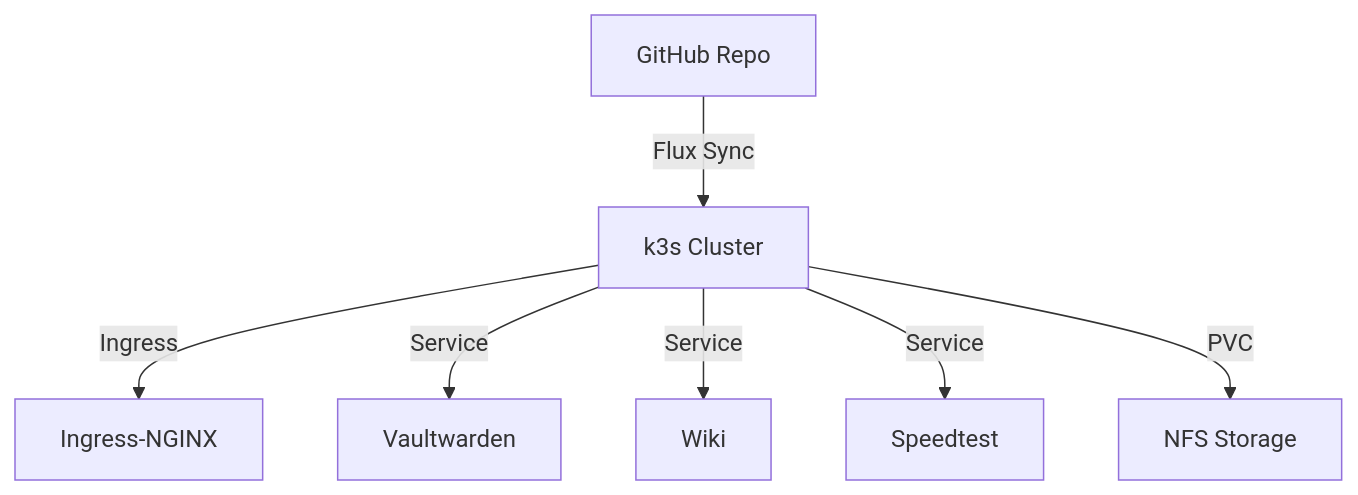
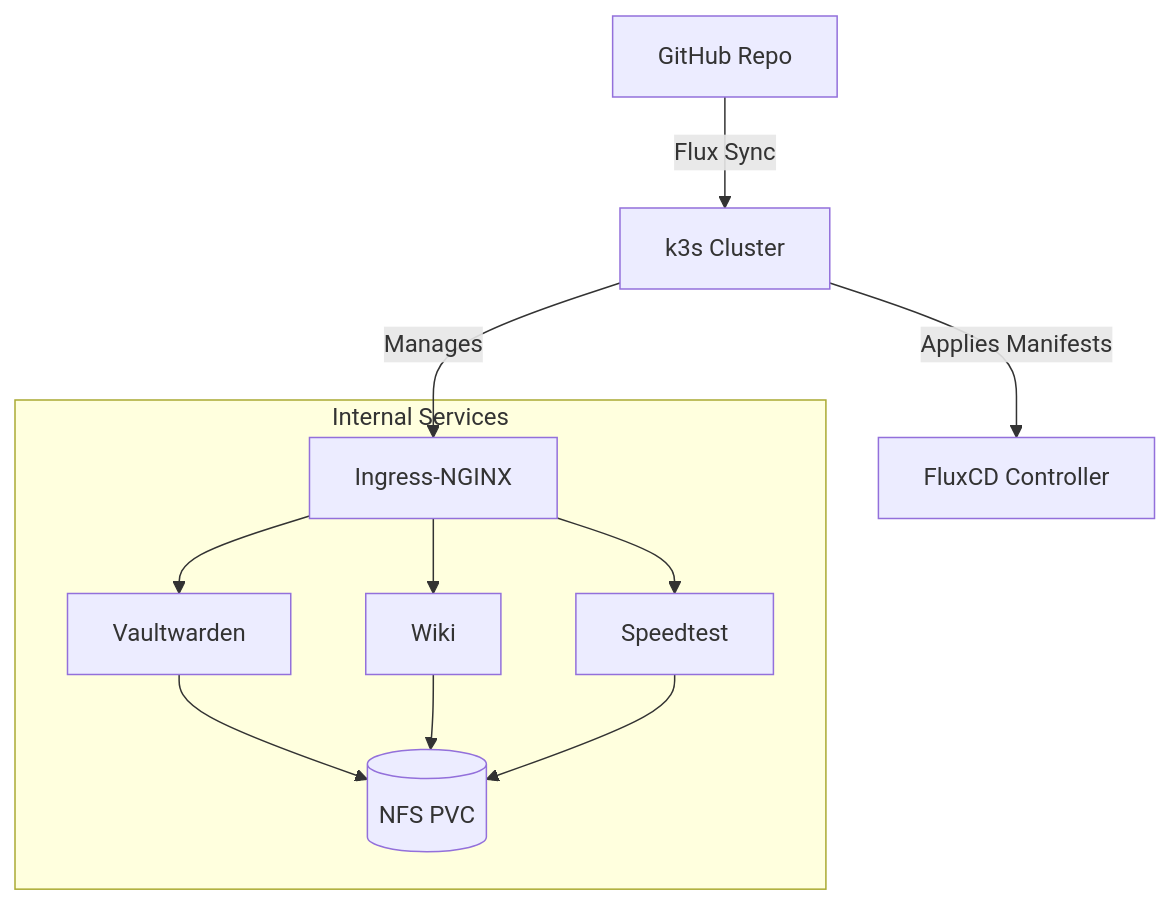
One commit to KiwiAttack/HomeLab changed the diagram in README.md. Above: the diagram before and after it, drawn with Mermaid.

Commit message:
mermaid fix

````diff
--- a/README.md
+++ b/README.md
@@ -74,9 +74,17 @@
 ```mermaid
 graph TD
   GitHub[GitHub Repo] -->|Flux Sync| Cluster[k3s Cluster]
-  Cluster -->|Ingress| NGINX[Ingress-NGINX]
-  Cluster -->|Service| Vaultwarden
-  Cluster -->|Service| Wiki
-  Cluster -->|Service| Speedtest
-  Cluster -->|PVC| NFS[NFS Storage]
+  Cluster -->|Applies Manifests| Flux[FluxCD Controller]
+
+  subgraph Internal Services
+    NGINX[Ingress-NGINX] --> Vaultwarden
+    NGINX --> Wiki
+    NGINX --> Speedtest
+    Vaultwarden --> NFS[(NFS PVC)]
+    Wiki --> NFS
+    Speedtest --> NFS
+  end
+
+  Cluster -->|Manages| NGINX
+
 ```
````
